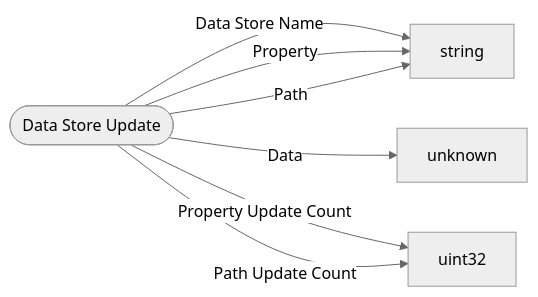
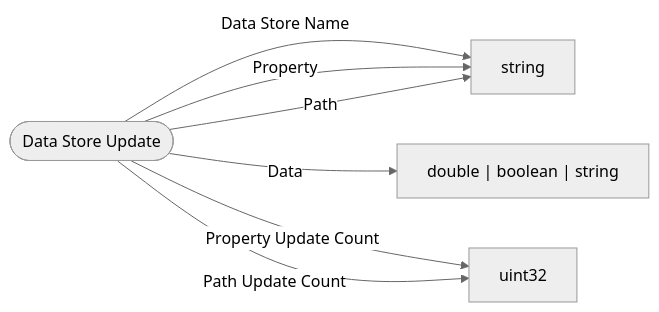
One commit to bedrock-v/protocol-docs changed the diagram in schemas/types/Data_Store_Update.md. Above: the diagram before and after it, drawn with Mermaid (neutral theme). The commit also changed 114 other files, not shown here.

````diff
--- a/schemas/types/Data_Store_Update.md
+++ b/schemas/types/Data_Store_Update.md
@@ -5,10 +5,10 @@
 ```mermaid
 flowchart LR
   ROOT(["Data Store Update"])
   ROOT -->|"Data Store Name"| string["string"]
   ROOT -->|"Property"| string["string"]
   ROOT -->|"Path"| string["string"]
-  ROOT -->|"Data"| unknown["unknown"]
+  ROOT -->|"Data"| double___boolean___string["double | boolean | string"]
   ROOT -->|"Property Update Count"| uint32["uint32"]
   ROOT -->|"Path Update Count"| uint32["uint32"]
 ```
````
